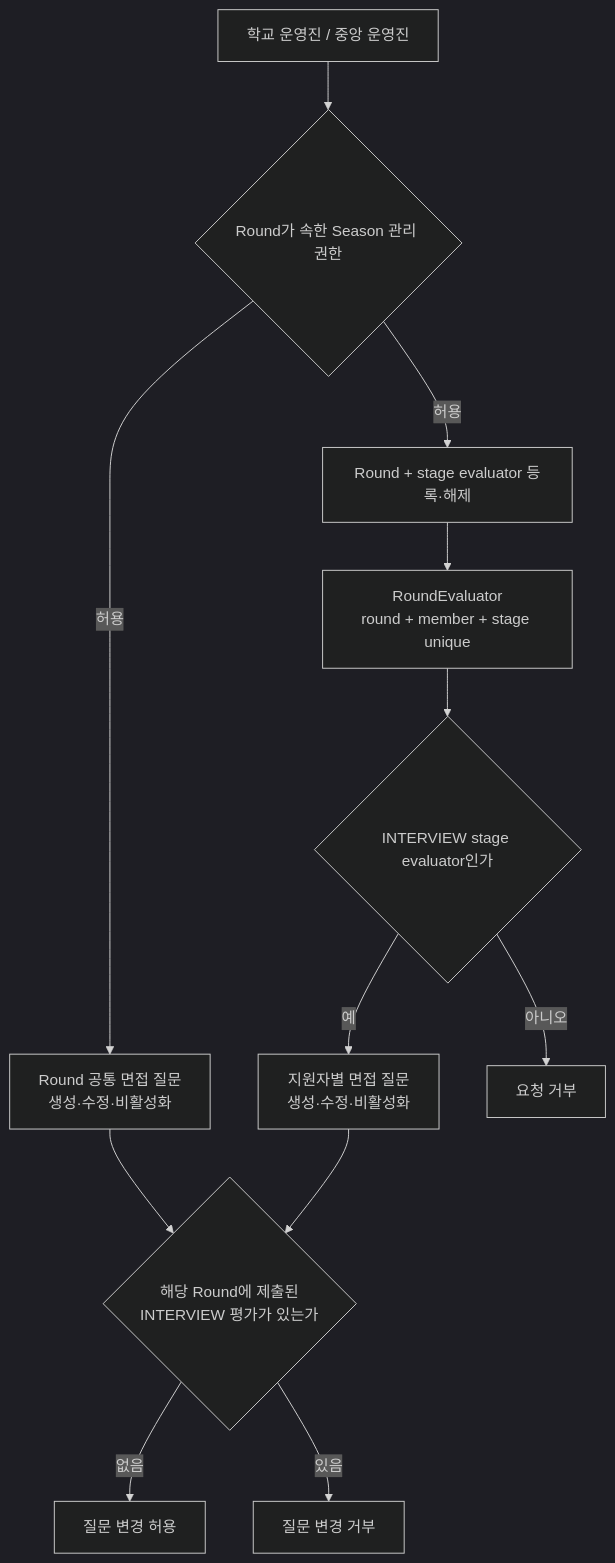
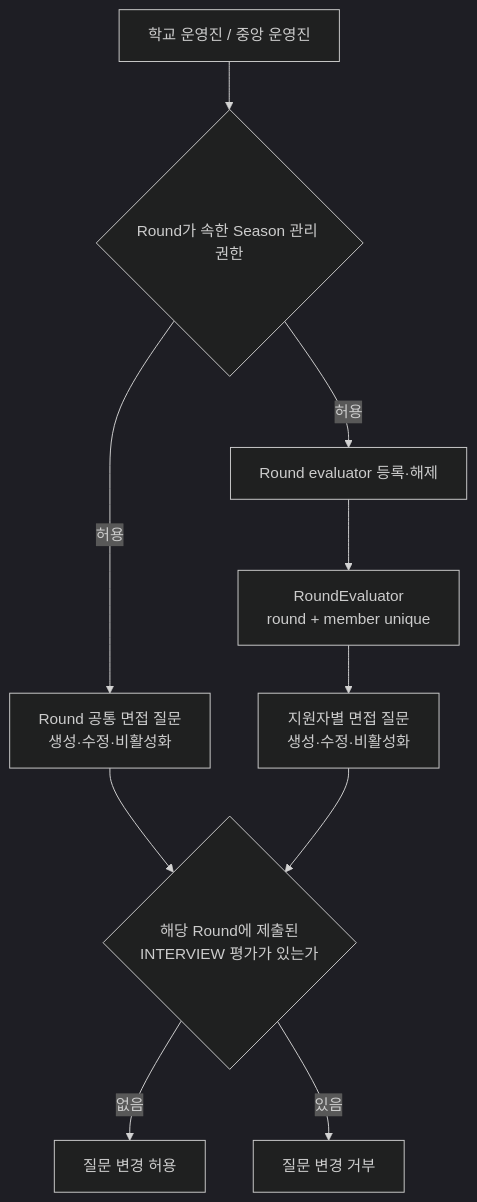
One commit to UMC-PRODUCT/cygnus-server changed the sixth of 10 diagrams in docs/onboarding/domain/recruiting-diagrams.md. Above: the diagram before and after it, drawn with Mermaid (dark theme). The commit also changed other lines of this file and 48 other files, not shown here.

````diff
--- a/docs/onboarding/domain/recruiting-diagrams.md
+++ b/docs/onboarding/domain/recruiting-diagrams.md
@@ -259,14 +260,12 @@
 ```mermaid
 flowchart TD
     Manager["학교 운영진 / 중앙 운영진"] --> ManageAuth{"Round가 속한 Season 관리 권한"}
-    ManageAuth -->|"허용"| Evaluator["Round + stage evaluator 등록·해제"]
-    Evaluator --> Whitelist["RoundEvaluator<br/>round + member + stage unique"]
+    ManageAuth -->|"허용"| Evaluator["Round evaluator 등록·해제"]
+    Evaluator --> Whitelist["RoundEvaluator<br/>round + member unique"]
     ManageAuth -->|"허용"| Common["Round 공통 면접 질문<br/>생성·수정·비활성화"]
-    Whitelist --> InterviewScope{"INTERVIEW stage evaluator인가"}
-    InterviewScope -->|"예"| Individual["지원자별 면접 질문<br/>생성·수정·비활성화"]
-    InterviewScope -->|"아니오"| Reject["요청 거부"]
+    Whitelist --> Individual["지원자별 면접 질문<br/>생성·수정·비활성화"]
     Common --> Freeze{"해당 Round에 제출된<br/>INTERVIEW 평가가 있는가"}
     Individual --> Freeze
     Freeze -->|"없음"| Mutable["질문 변경 허용"]
     Freeze -->|"있음"| Frozen["질문 변경 거부"]
 ```
````
